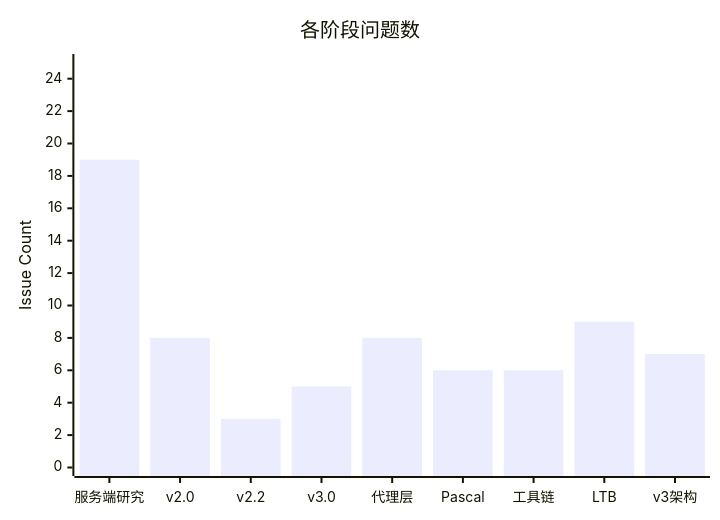
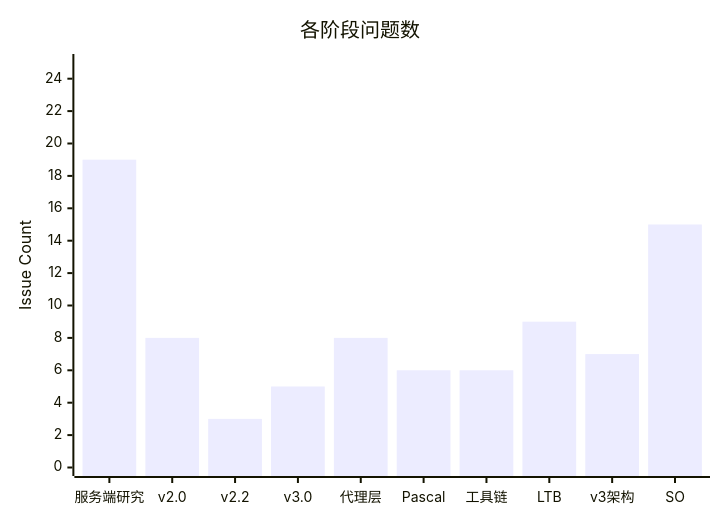
Before and after one commit to PassByYou888/LingoFuse-pasAgent-v3: the tenth of 14 diagrams in src/LingoFuse_LLM_Service_Work_Summary.md, drawn with Mermaid. The commit also changed other lines of this file, not shown here.

````diff
--- a/src/LingoFuse_LLM_Service_Work_Summary.md
+++ b/src/LingoFuse_LLM_Service_Work_Summary.md
@@ -763,7 +1094,7 @@
 ```mermaid
 xychart-beta
     title "各阶段问题数"
-    x-axis ["服务端研究", "v2.0", "v2.2", "v3.0", "代理层", "Pascal", "工具链", "LTB", "v3架构"]
+    x-axis ["服务端研究", "v2.0", "v2.2", "v3.0", "代理层", "Pascal", "工具链", "LTB", "v3架构", "SO"]
     y-axis "Issue Count" 0 --> 25
-    bar [19, 8, 3, 5, 8, 6, 6, 9, 7]
+    bar [19, 8, 3, 5, 8, 6, 6, 9, 7, 15]
 ```
````
